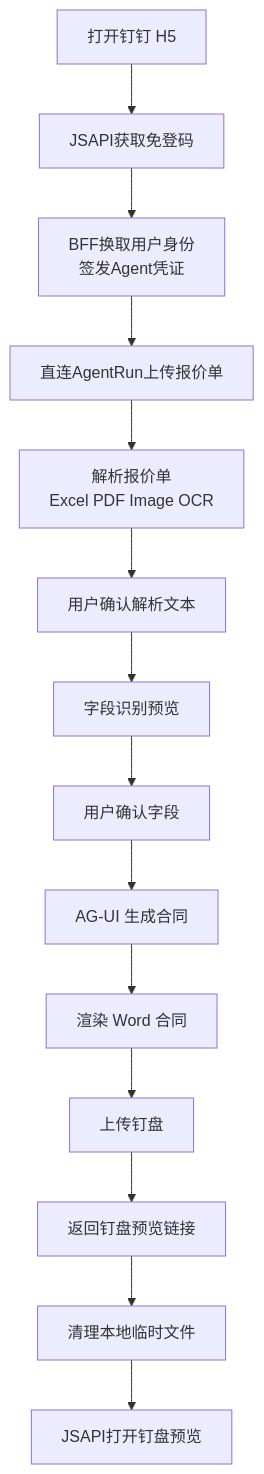
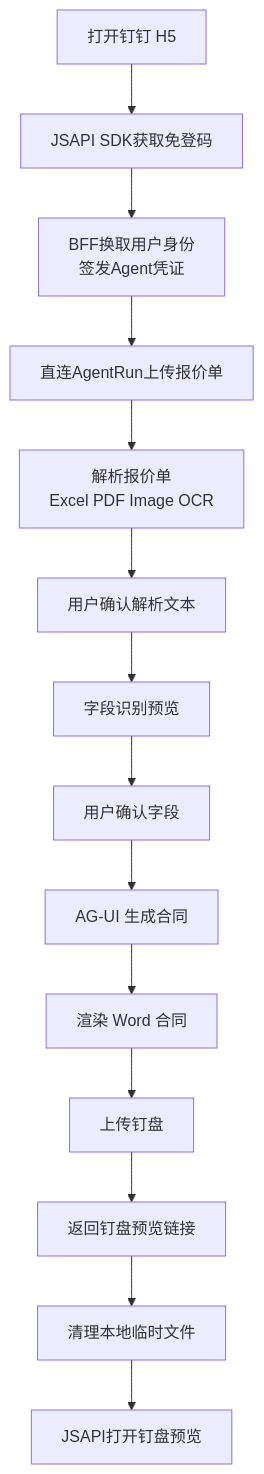
The second of 3 diagrams in SPEC/ARCHITECTURE.md (yuqingyang3019-cyber/hetong), drawn with Mermaid before and after one commit. The commit also changed other lines of this file and 2 other files, not shown here.

````diff
--- a/SPEC/ARCHITECTURE.md
+++ b/SPEC/ARCHITECTURE.md
@@ -158,16 +158,16 @@
 ```mermaid
 flowchart TD
-  openApp["打开钉钉 H5"] --> auth["JSAPI获取免登码"]
+  openApp["打开钉钉 H5"] --> auth["JSAPI SDK获取免登码"]
   auth --> bffAuth["BFF换取用户身份\n签发Agent凭证"]
   bffAuth --> upload["直连AgentRun上传报价单"]
   upload --> parse["解析报价单\nExcel PDF Image OCR"]
   parse --> reviewText["用户确认解析文本"]
   reviewText --> previewFields["字段识别预览"]
   previewFields --> reviewFields["用户确认字段"]
   reviewFields --> generate["AG-UI 生成合同"]
   generate --> render["渲染 Word 合同"]
   render --> uploadDrive["上传钉盘"]
   uploadDrive --> returnPreview["返回钉盘预览链接"]
   returnPreview --> cleanup["清理本地临时文件"]
   cleanup --> preview["JSAPI打开钉盘预览"]
 ```
````
